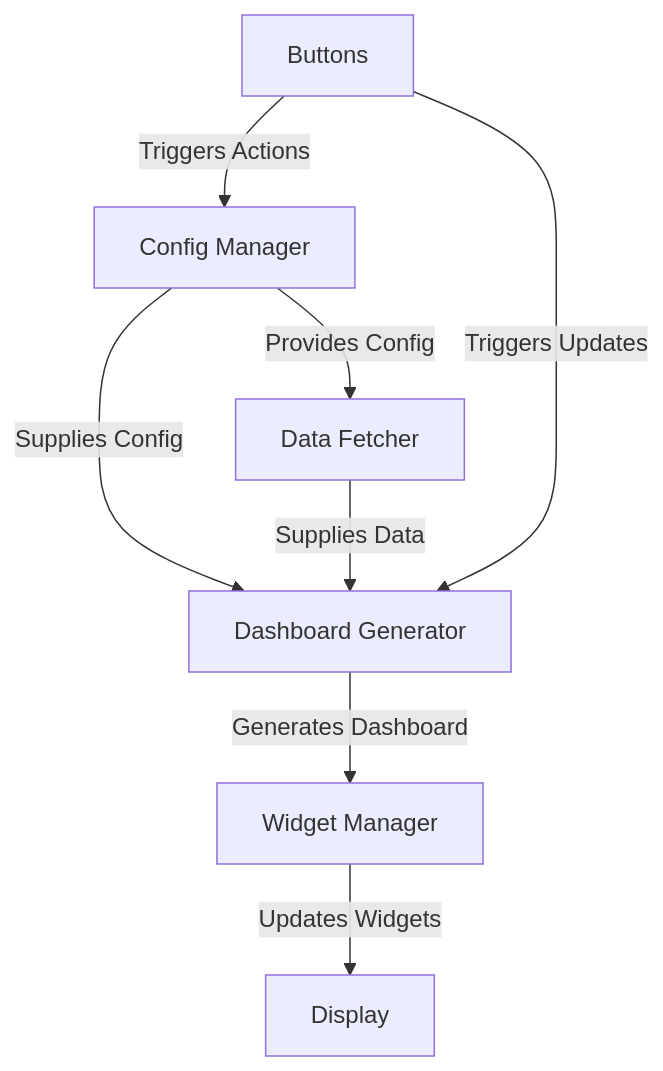
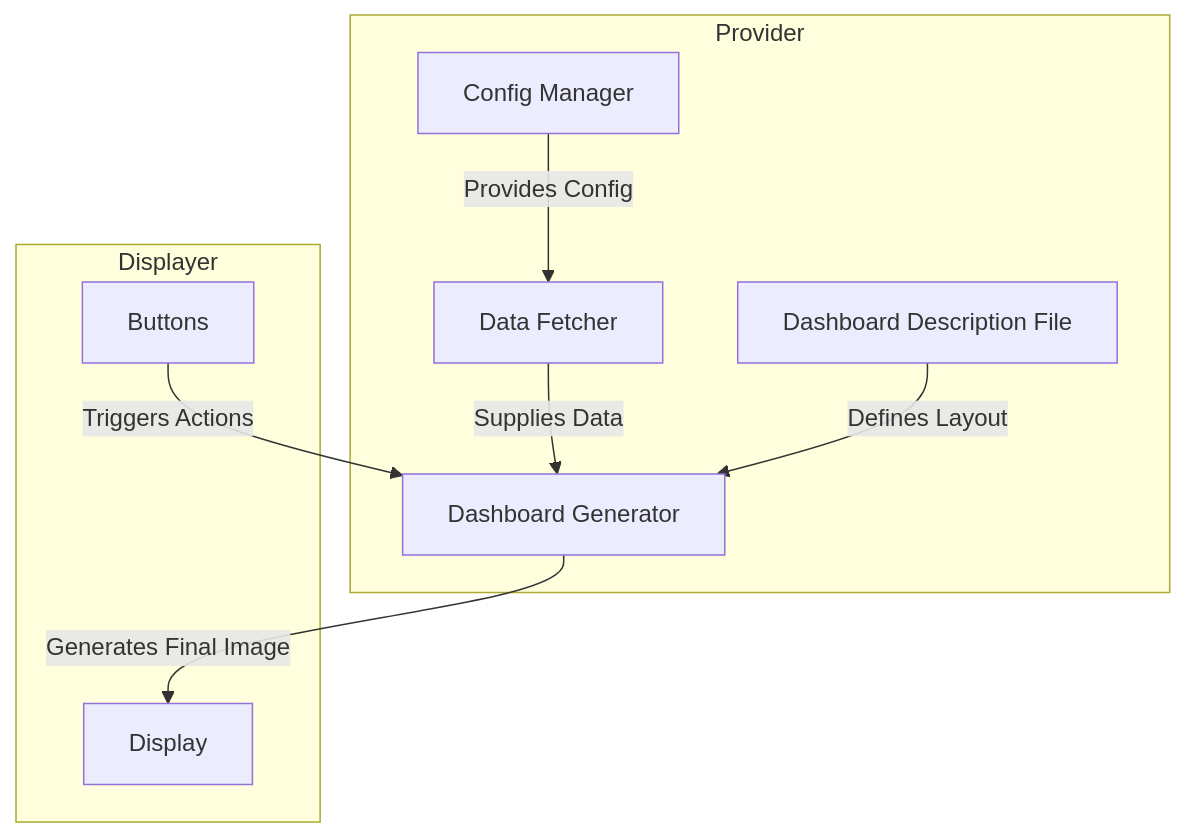
Before and after one commit to en7angled/CardanoTicker: the first of 2 diagrams in docs/System_Components.md, drawn with Mermaid. The commit also changed other lines of this file, not shown here.

````diff
--- a/docs/System_Components.md
+++ b/docs/System_Components.md
@@ -33,10 +54,13 @@
 ```mermaid
 graph TD
-    ConfigManager[Config Manager] -->|Provides Config| DataFetcher[Data Fetcher]
-    ConfigManager -->|Supplies Config| DashboardGenerator[Dashboard Generator]
-    DataFetcher -->|Supplies Data| DashboardGenerator
-    DashboardGenerator -->|Generates Dashboard| WidgetManager[Widget Manager]
-    WidgetManager -->|Updates Widgets| Display[Display]
-    Buttons -->|Triggers Actions| ConfigManager
-    Buttons -->|Triggers Updates| DashboardGenerator
+    subgraph Provider
+        ConfigManager[Config Manager] -->|Provides Config| DataFetcher[Data Fetcher]
+        DataFetcher -->|Supplies Data| DashboardGenerator[Dashboard Generator]
+        DashboardDescription[Dashboard Description File] -->|Defines Layout| DashboardGenerator
+    end
+
+    subgraph Displayer
+        DashboardGenerator -->|Generates Final Image| Display[Display]
+        Buttons -->|Triggers Actions| DashboardGenerator
+    end
 ```
````
